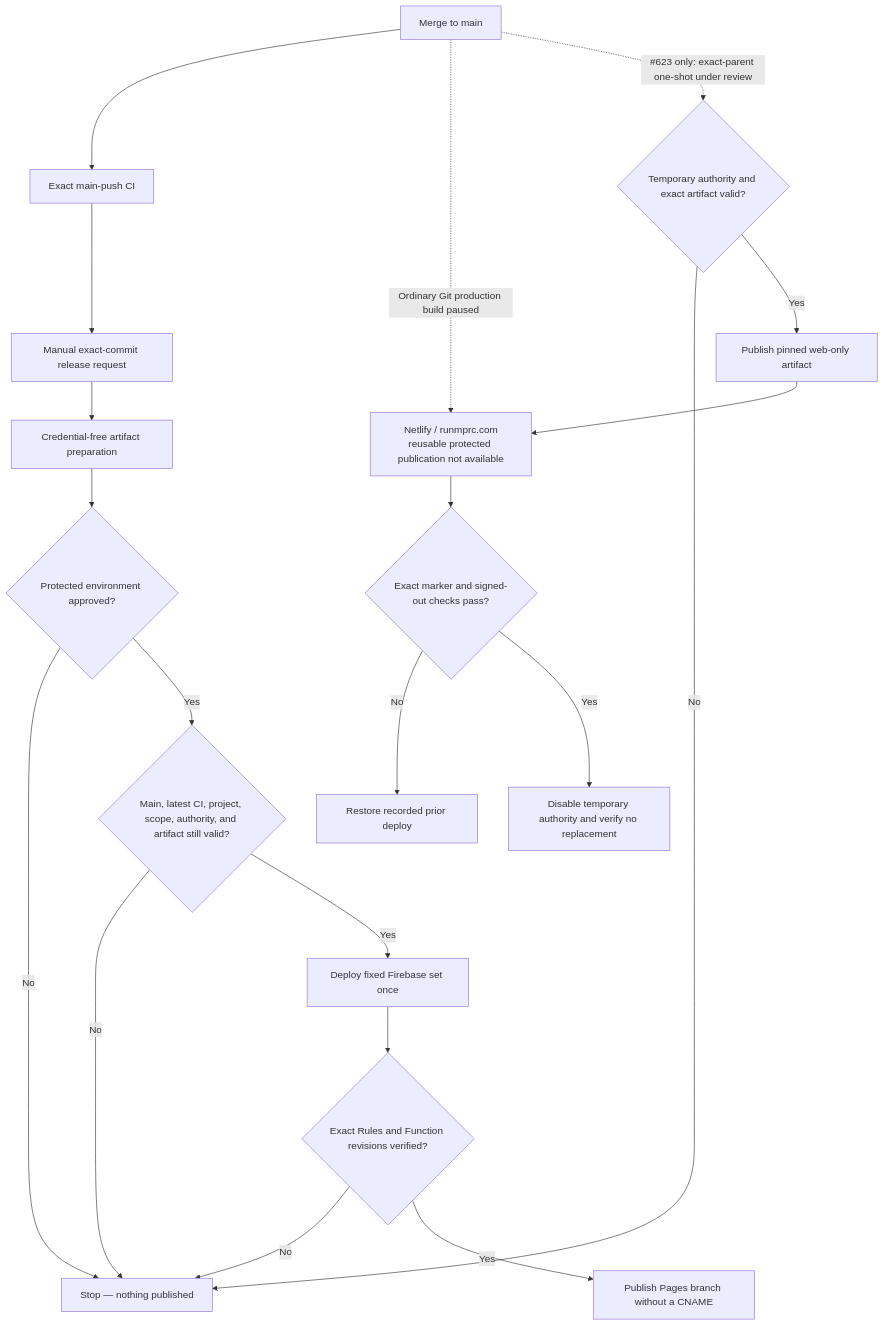
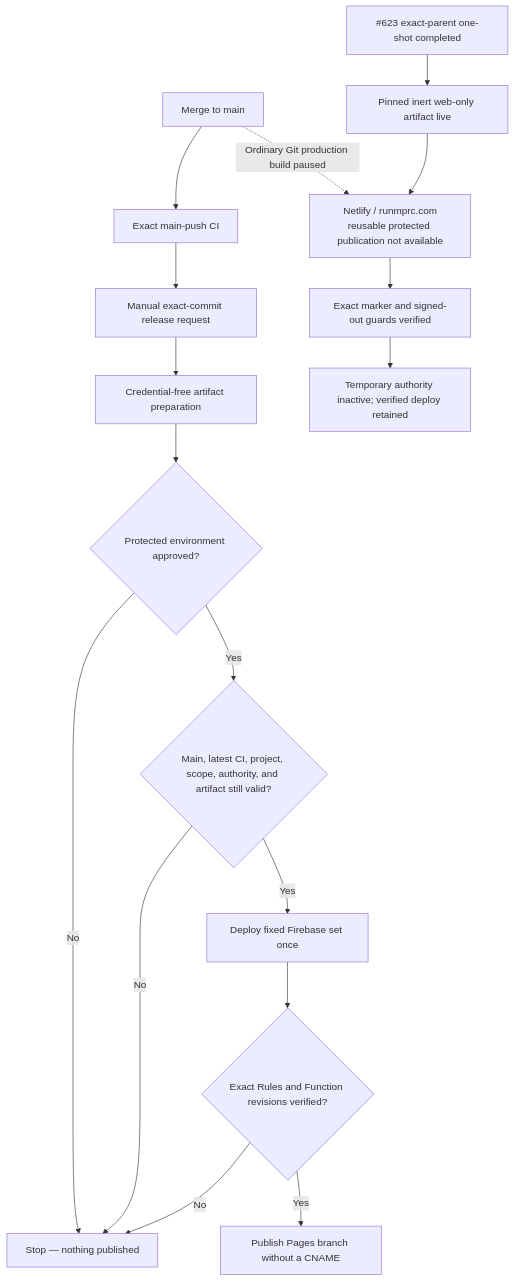
The second of 52 diagrams in SYSTEM_DESIGN.md (Run-MPRC/Run-MPRC.github.io), drawn with Mermaid before and after one commit. The commit also changed other lines of this file and 12 other files, not shown here.

````diff
--- a/SYSTEM_DESIGN.md
+++ b/SYSTEM_DESIGN.md
@@ -98,22 +98,19 @@
 ```mermaid
 flowchart TD
     Merge["Merge to main"] --> CI["Exact main-push CI"]
     CI --> Request["Manual exact-commit release request"]
     Request --> Prepare["Credential-free artifact preparation"]
     Prepare --> Approval{"Protected environment approved?"}
     Approval -- "No" --> Stop["Stop — nothing published"]
     Approval -- "Yes" --> Recheck{"Main, latest CI, project, scope, authority, and artifact still valid?"}
     Recheck -- "No" --> Stop
     Recheck -- "Yes" --> Backend["Deploy fixed Firebase set once"]
     Backend --> Verify{"Exact Rules and Function revisions verified?"}
     Verify -- "No" --> Stop
     Verify -- "Yes" --> Pages["Publish Pages branch without a CNAME"]
     Merge -. "Ordinary Git production build paused" .-> Netlify["Netlify / runmprc.com\nreusable protected publication not available"]
-    Merge -. "#623 only: exact-parent one-shot under review" .-> WebGate{"Temporary authority and exact artifact valid?"}
-    WebGate -- "No" --> Stop
-    WebGate -- "Yes" --> WebOnly["Publish pinned web-only artifact"]
+    Completed["#623 exact-parent one-shot completed"] --> WebOnly["Pinned inert web-only artifact live"]
     WebOnly --> Netlify
-    Netlify --> WebReadback{"Exact marker and signed-out checks pass?"}
-    WebReadback -- "No" --> WebRollback["Restore recorded prior deploy"]
-    WebReadback -- "Yes" --> WebRepause["Disable temporary authority and verify no replacement"]
+    Netlify --> WebReadback["Exact marker and signed-out guards verified"]
+    WebReadback --> WebRepause["Temporary authority inactive; verified deploy retained"]
 ```
````
